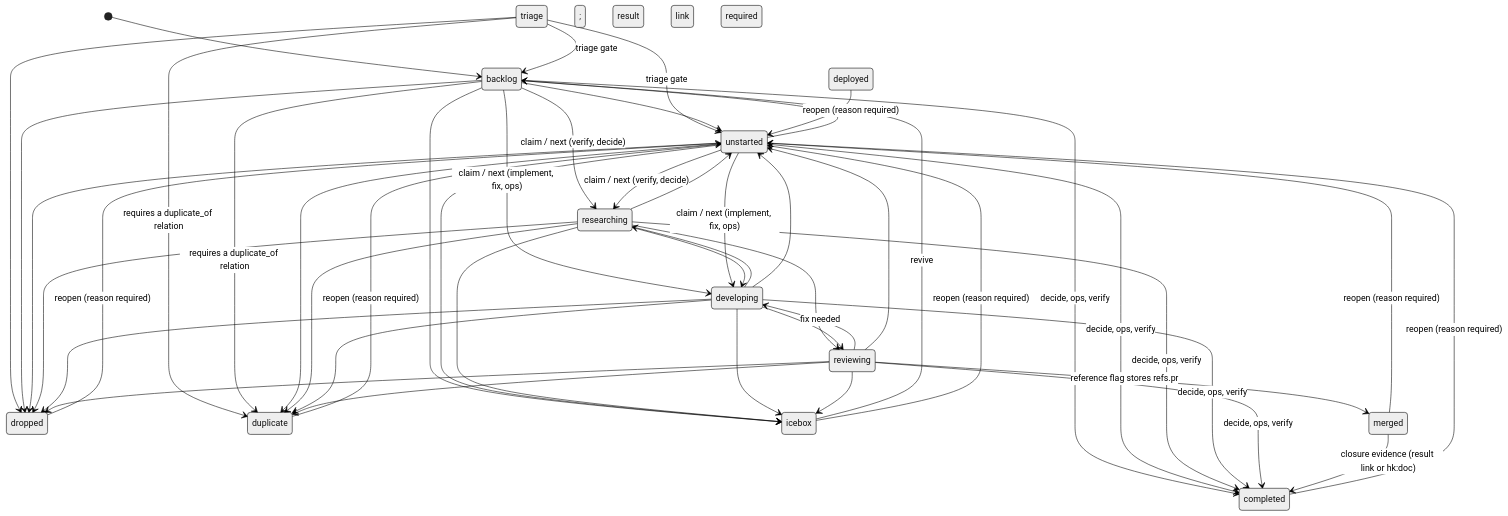
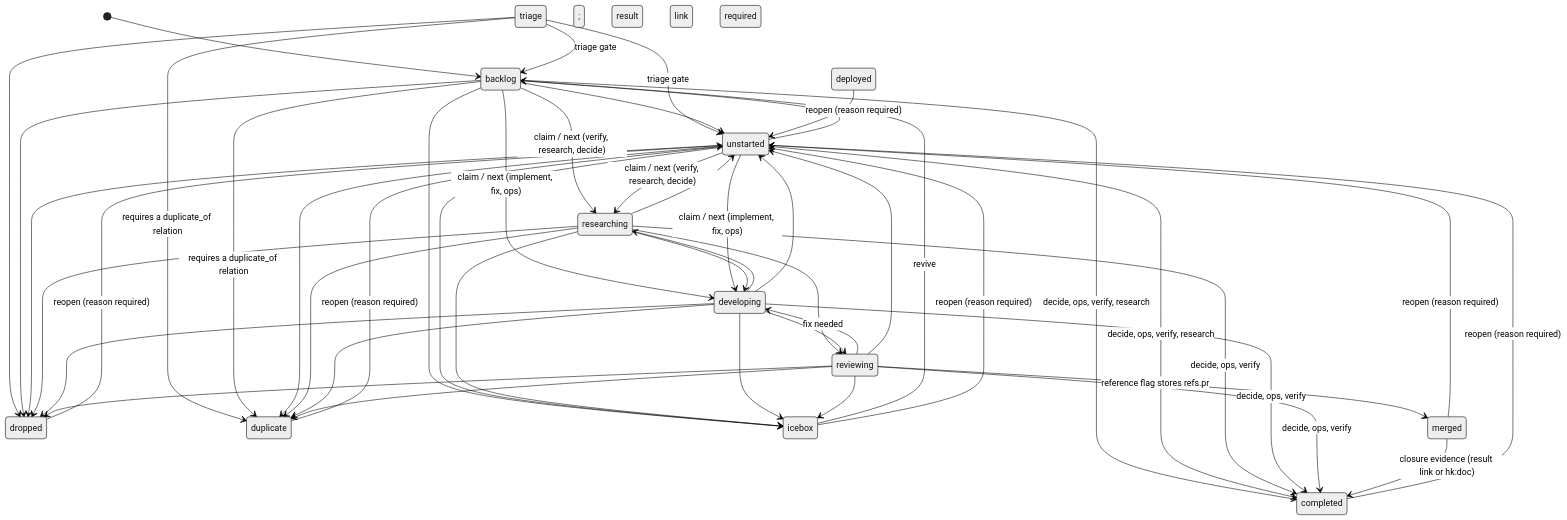
One commit to mgh3326/handoffkeep changed the diagram in README.md. Above: the diagram before and after it, drawn with Mermaid (neutral theme). The commit also changed other lines of this file and 14 other files, not shown here.

````diff
--- a/README.md
+++ b/README.md
@@ -168,51 +168,51 @@
 ```mermaid
 stateDiagram-v2
     [*] --> backlog
     triage --> backlog: triage gate
     triage --> unstarted: triage gate
     triage --> dropped
     triage --> duplicate: requires a duplicate_of relation
     backlog --> unstarted
-    backlog --> researching: claim / next (verify, decide)
+    backlog --> researching: claim / next (verify, research, decide)
     backlog --> developing: claim / next (implement, fix, ops)
     backlog --> icebox
     backlog --> dropped
     backlog --> duplicate: requires a duplicate_of relation
-    backlog --> completed: decide, ops, verify; result link required
+    backlog --> completed: decide, ops, verify, research; result link required
     unstarted --> backlog
-    unstarted --> researching: claim / next (verify, decide)
+    unstarted --> researching: claim / next (verify, research, decide)
     unstarted --> developing: claim / next (implement, fix, ops)
     unstarted --> icebox
     unstarted --> dropped
     unstarted --> duplicate
-    unstarted --> completed: decide, ops, verify; result link required
+    unstarted --> completed: decide, ops, verify, research; result link required
     researching --> developing
     researching --> reviewing
     researching --> unstarted
     researching --> icebox
     researching --> dropped
     researching --> duplicate
     researching --> completed: decide, ops, verify; result link required
     developing --> researching
     developing --> reviewing
     developing --> unstarted
     developing --> icebox
     developing --> dropped
     developing --> duplicate
     developing --> completed: decide, ops, verify; result link required
     reviewing --> developing: fix needed
     reviewing --> merged: reference flag stores refs.pr
     reviewing --> unstarted
     reviewing --> icebox
     reviewing --> dropped
     reviewing --> duplicate
     reviewing --> completed: decide, ops, verify; result link required
     merged --> unstarted: reopen (reason required)
     merged --> completed: closure evidence (result link or hk:doc)
     deployed --> unstarted: reopen (reason required)
     completed --> unstarted: reopen (reason required)
     dropped --> unstarted: reopen (reason required)
     duplicate --> unstarted: reopen (reason required)
     icebox --> backlog: revive
     icebox --> unstarted: reopen (reason required)
 ```
````
